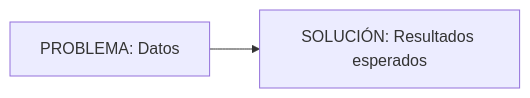
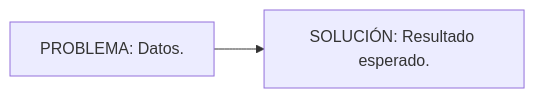
Before and after one commit to CPC-GALLOS/Presentations: the diagram in 2025/Entrevista_Trabajo.md, drawn with Mermaid. The commit also changed other lines of this file and 3 other files, not shown here.

```diff
--- a/2025/Entrevista_Trabajo.md
+++ b/2025/Entrevista_Trabajo.md
@@ -352,6 +359,6 @@
 <pre class="mermaid" style="text-align: center;">
 graph LR;
-    A[PROBLEMA: Datos]
-    B[SOLUCIÓN: Resultados esperados]
+    A[PROBLEMA: Datos.]
+    B[SOLUCIÓN: Resultado esperado.]
     A --> B
 </pre>
```
